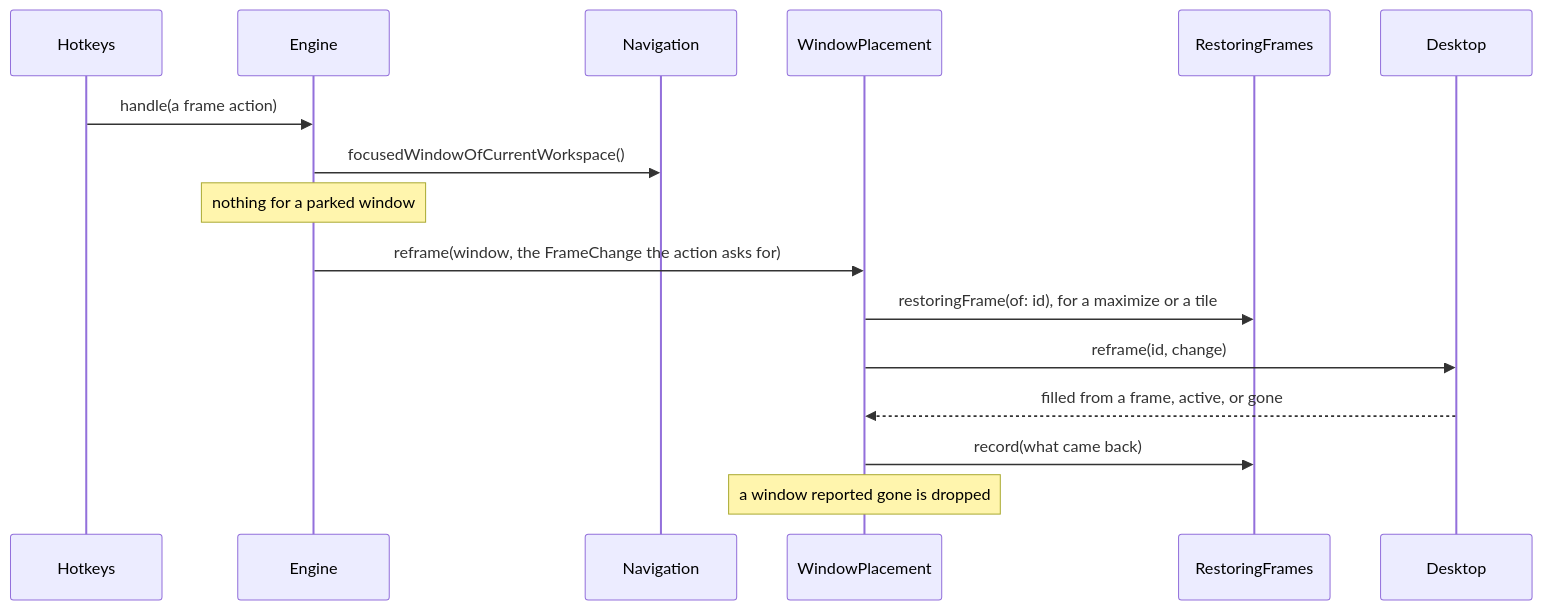
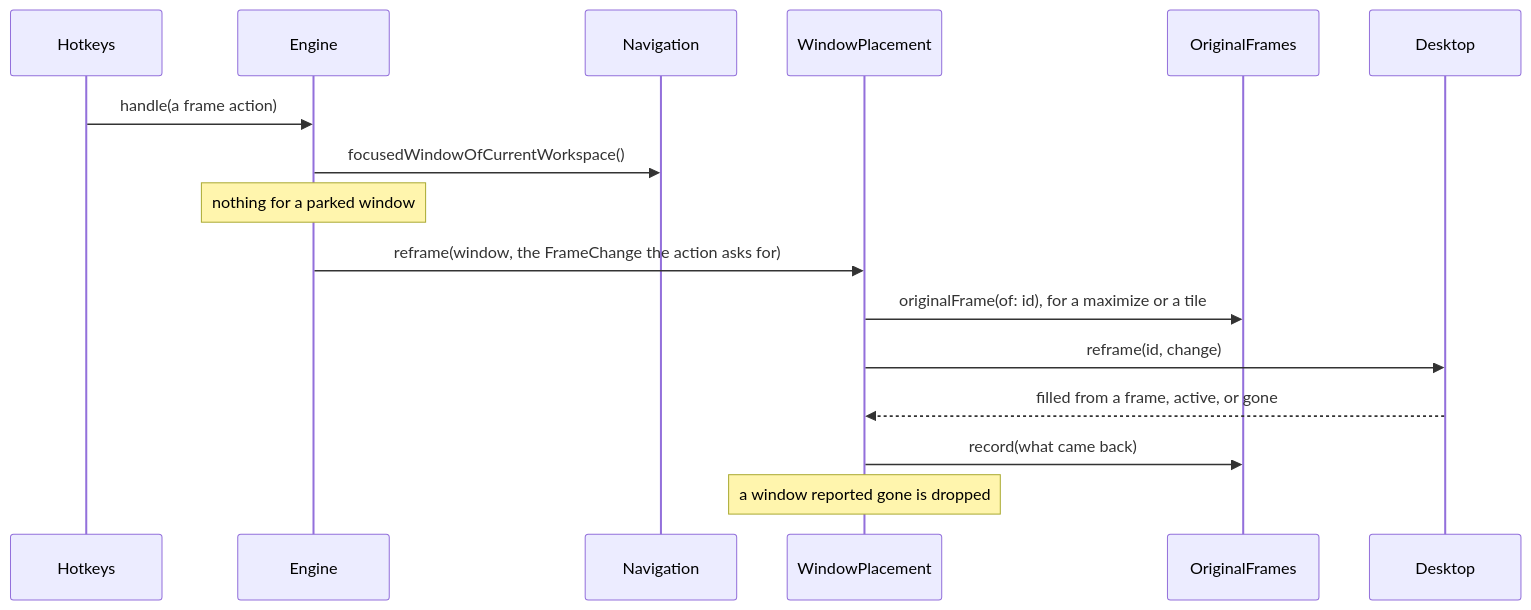
Diagram 11 of 20 in ARCHITECTURE.md (brennovich/ottowm), drawn with Mermaid before and after one commit. The commit also changed other lines of this file and 7 other files, not shown here.

First line of the commit message:
Rename the RestoringFrames class to OriginalFrames

````diff
--- a/ARCHITECTURE.md
+++ b/ARCHITECTURE.md
@@ -304,12 +304,12 @@
 ```mermaid
 sequenceDiagram
     Hotkeys->>Engine: handle(a frame action)
     Engine->>Navigation: focusedWindowOfCurrentWorkspace()
     Note over Engine: nothing for a parked window
     Engine->>WindowPlacement: reframe(window, the FrameChange the action asks for)
-    WindowPlacement->>RestoringFrames: restoringFrame(of: id), for a maximize or a tile
+    WindowPlacement->>OriginalFrames: originalFrame(of: id), for a maximize or a tile
     WindowPlacement->>Desktop: reframe(id, change)
     Desktop-->>WindowPlacement: filled from a frame, active, or gone
-    WindowPlacement->>RestoringFrames: record(what came back)
+    WindowPlacement->>OriginalFrames: record(what came back)
     Note over WindowPlacement: a window reported gone is dropped
 ```
````
